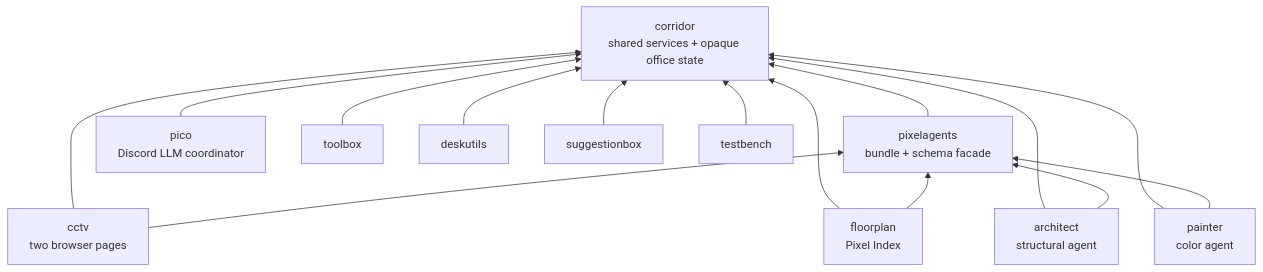
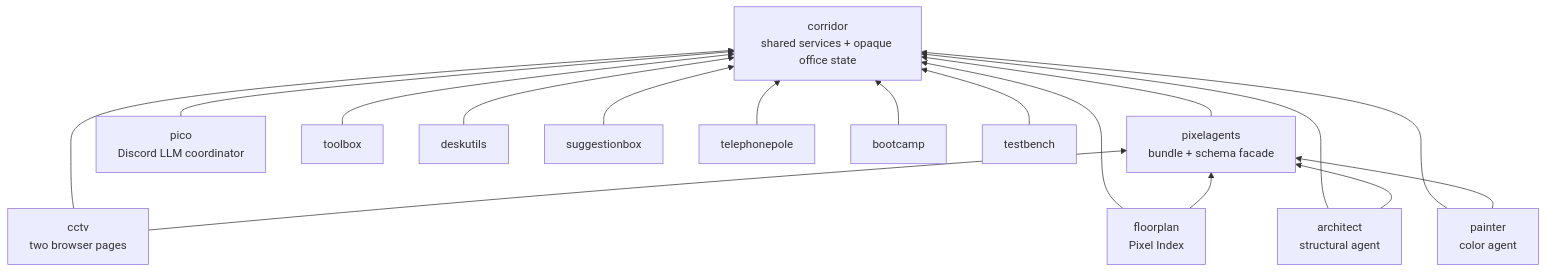
Before and after one commit to pixel-agents-hq/pixel-agents-cogs: the first of 3 diagrams in docs/architecture.md, drawn with Mermaid. The commit also changed other lines of this file and 89 other files, not shown here.

````diff
--- a/docs/architecture.md
+++ b/docs/architecture.md
@@ -12,29 +12,33 @@
 ```mermaid
 flowchart BT
     Corridor["corridor<br/>shared services + opaque office state"]
     Pixelagents["pixelagents<br/>bundle + schema facade"]
     CCTV["cctv<br/>two browser pages"]
     Floorplan["floorplan<br/>Pixel Index"]
     Architect["architect<br/>structural agent"]
     Painter["painter<br/>color agent"]
     Pico["pico<br/>Discord LLM coordinator"]
     Toolbox["toolbox"]
     Deskutils["deskutils"]
     Suggestionbox["suggestionbox"]
+    Telephonepole["telephonepole"]
+    Bootcamp["bootcamp"]
     Testbench["testbench"]
 
     Pixelagents --> Corridor
     CCTV --> Corridor
     CCTV --> Pixelagents
     Floorplan --> Corridor
     Floorplan --> Pixelagents
     Architect --> Corridor
     Architect --> Pixelagents
     Painter --> Corridor
     Painter --> Pixelagents
     Pico --> Corridor
     Toolbox --> Corridor
     Deskutils --> Corridor
     Suggestionbox --> Corridor
+    Telephonepole --> Corridor
+    Bootcamp --> Corridor
     Testbench --> Corridor
 ```
````
